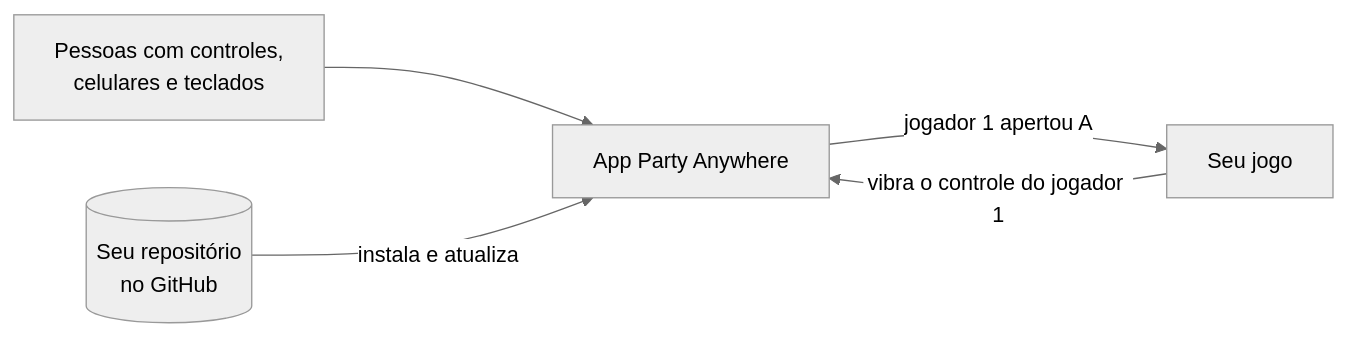
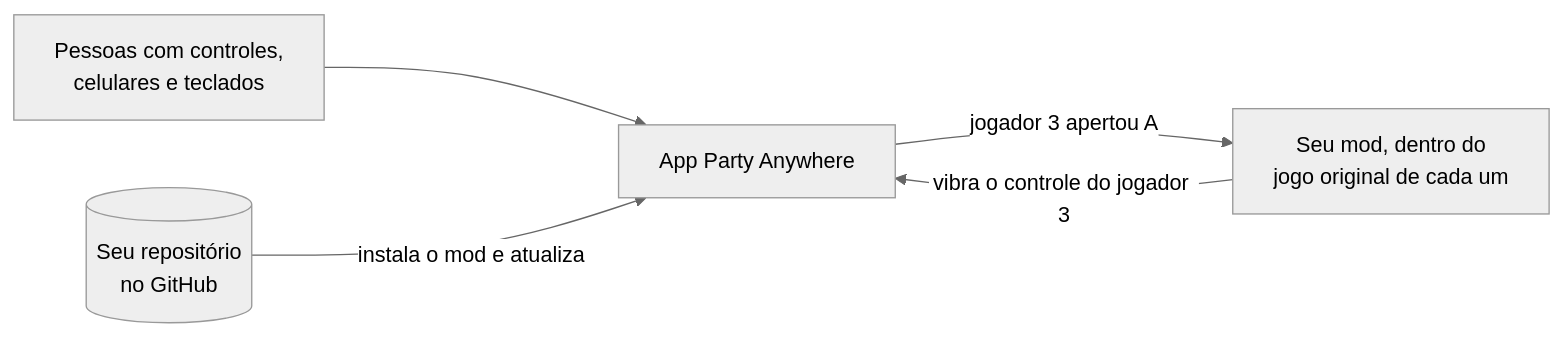
The diagram in README.md (joaocaioo/party-anywhere), drawn with Mermaid (neutral theme) before and after one commit. The commit also changed other lines of this file and 16 other files, not shown here.

````diff
--- a/README.md
+++ b/README.md
@@ -66,7 +84,7 @@
 ```mermaid
 flowchart LR
   P[Pessoas com controles,<br/>celulares e teclados] --> H[App Party Anywhere]
-  H -- "jogador 1 apertou A" --> J[Seu jogo]
-  J -- "vibra o controle do jogador 1" --> H
-  G[(Seu repositório<br/>no GitHub)] -- instala e atualiza --> H
+  H -- "jogador 3 apertou A" --> M[Seu mod, dentro do<br/>jogo original de cada um]
+  M -- "vibra o controle do jogador 3" --> H
+  G[(Seu repositório<br/>no GitHub)] -- instala o mod e atualiza --> H
 ```
````
